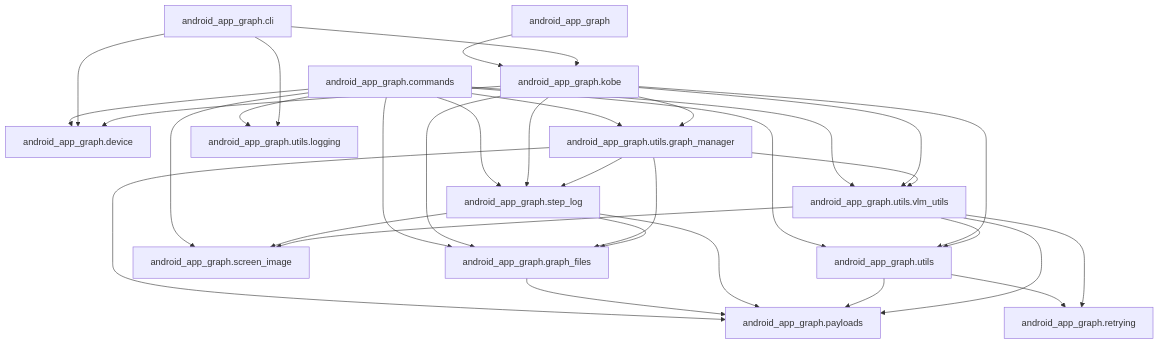
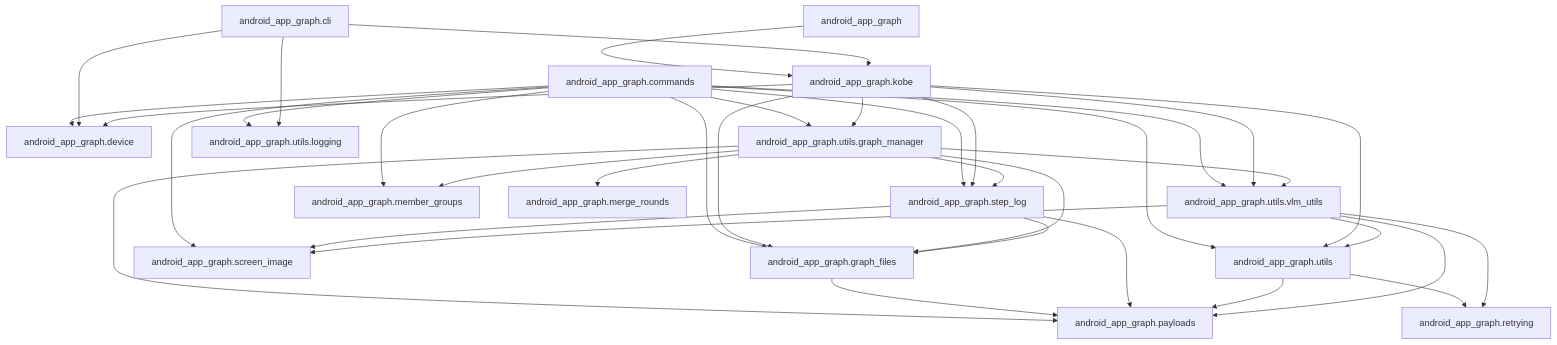
One commit to john-agi/Android-App-Graph changed the diagram in README.md. Above: the diagram before and after it, drawn with Mermaid. The commit also changed other lines of this file and 8 other files, not shown here.

First line of the commit message:
Audit: verify merge, split and move proposals concurrently in rounds, deducing what follows from earlier answers (#237)

````diff
--- a/README.md
+++ b/README.md
@@ -52,35 +52,38 @@
 ```mermaid
 graph TD;
     pkg["android_app_graph"] --> kobe["android_app_graph.kobe"];
     cmd["android_app_graph.commands"] --> dev["android_app_graph.device"];
     cmd --> gf["android_app_graph.graph_files"];
     cmd --> img["android_app_graph.screen_image"];
     cmd --> steps["android_app_graph.step_log"];
     cmd --> utils["android_app_graph.utils"];
     cmd --> gm["android_app_graph.utils.graph_manager"];
     cmd --> logging["android_app_graph.utils.logging"];
     cmd --> vlm["android_app_graph.utils.vlm_utils"];
     cli["android_app_graph.cli"] --> dev;
     cli --> kobe;
     cli --> logging;
     kobe --> dev;
     kobe --> gf;
     kobe --> steps;
     kobe --> utils;
     kobe --> gm;
     kobe --> vlm;
+    cmd --> groups["android_app_graph.member_groups"];
     gm --> gf;
+    gm --> groups;
+    gm --> rounds["android_app_graph.merge_rounds"];
     gm --> pay["android_app_graph.payloads"];
     gm --> steps;
     gm --> vlm;
     gf --> pay;
     steps --> gf;
     steps --> pay;
     steps --> img;
     utils --> pay;
     utils --> retry["android_app_graph.retrying"];
     vlm --> pay;
     vlm --> retry;
     vlm --> img;
     vlm --> utils;
 ```
````
